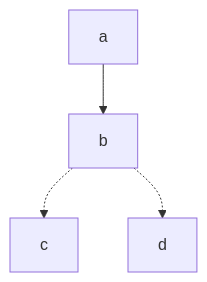
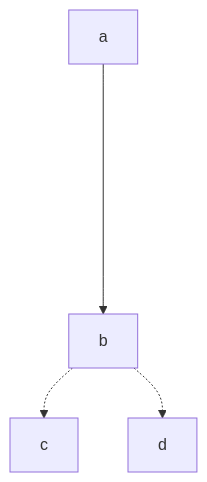
Before and after one commit to johnthesmith/shoggoth: the diagram in Проба.md, drawn with Mermaid.

Commit message:
Это текст

````diff
--- a/Проба.md
+++ b/Проба.md
@@ -102,5 +102,5 @@
 ```mermaid
 flowchart TB
-a --> b
+a ------> b
 b -.-> c & d
 ```
````
